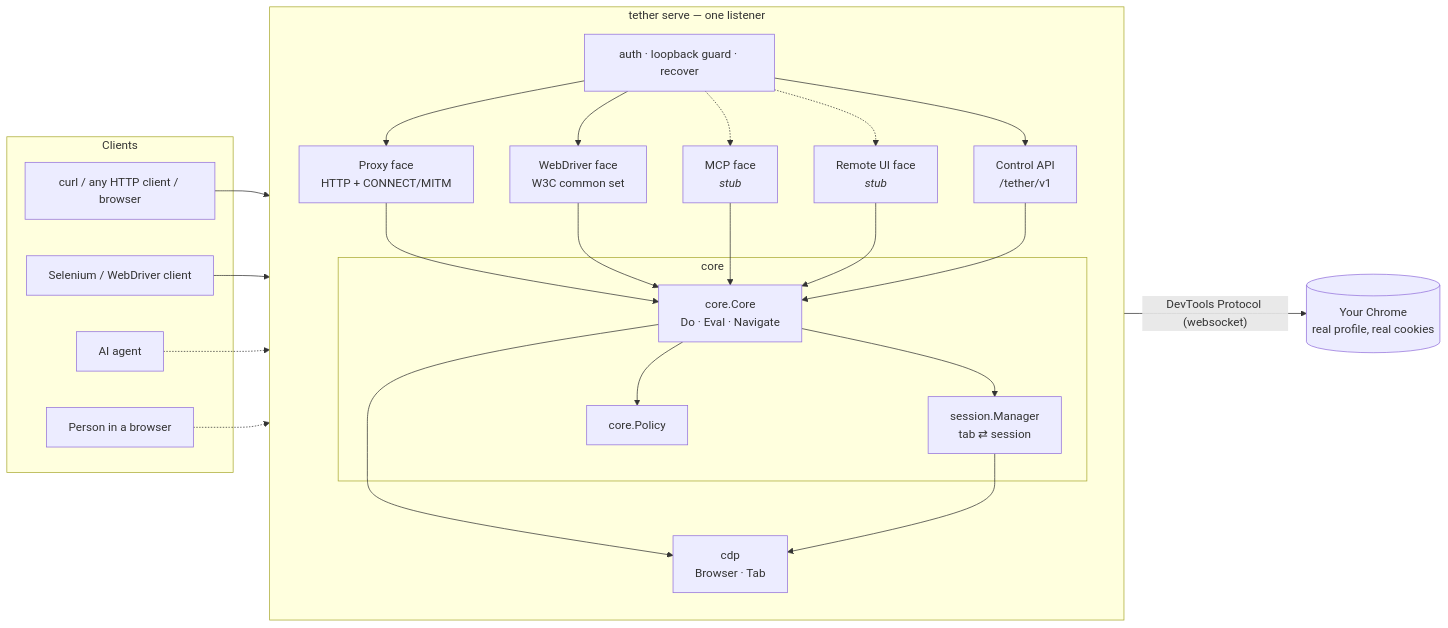
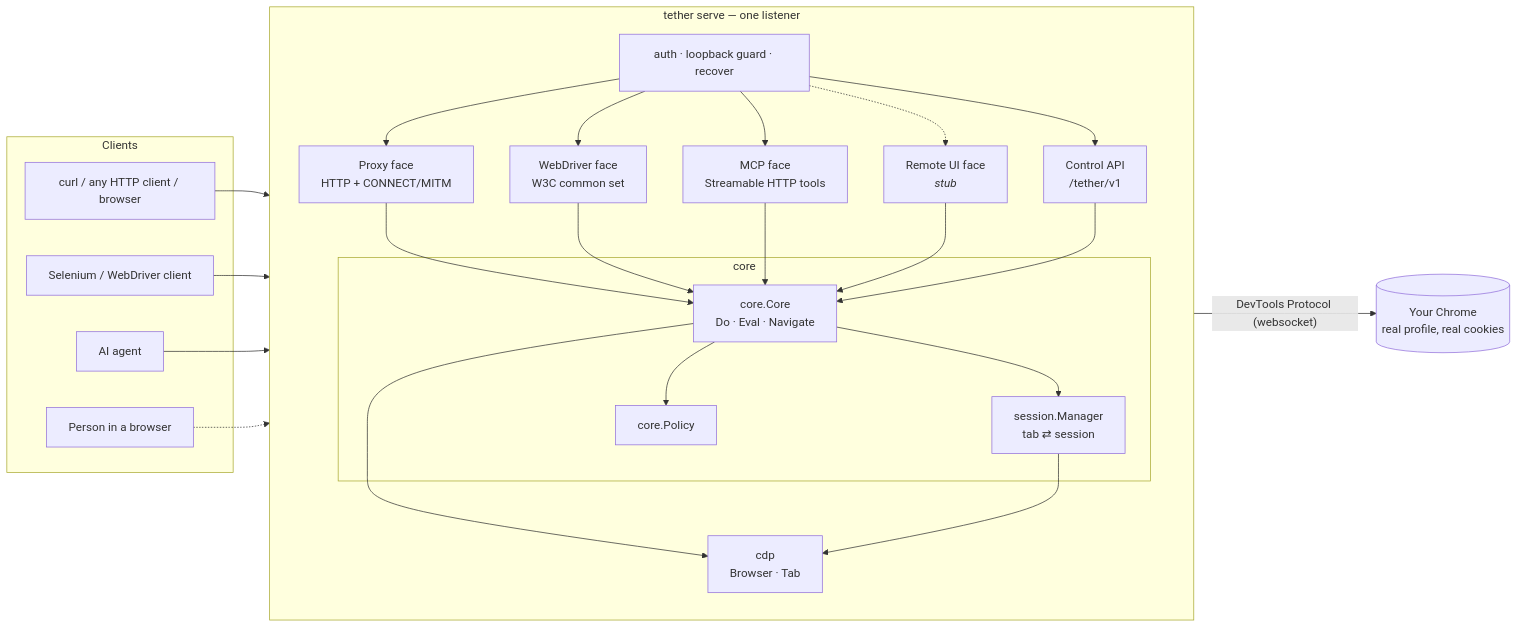
The first of 2 diagrams in docs/ARCHITECTURE.md (adeelahmad/Tether), drawn with Mermaid before and after one commit. The commit also changed other lines of this file and 24 other files, not shown here.

First line of the commit message:
MCP server face: let AI agents drive the real browser (#10)

````diff
--- a/docs/ARCHITECTURE.md
+++ b/docs/ARCHITECTURE.md
@@ -9,39 +9,39 @@
 ```mermaid
 flowchart LR
   subgraph clients[Clients]
     C1[curl / any HTTP client / browser]
     C2[Selenium / WebDriver client]
     C3[AI agent]
     C4[Person in a browser]
   end
 
   subgraph tether[tether serve — one listener]
     direction TB
     G[auth · loopback guard · recover]
     P[Proxy face<br/>HTTP + CONNECT/MITM]
     W[WebDriver face<br/>W3C common set]
-    M[MCP face<br/><i>stub</i>]
+    M[MCP face<br/>Streamable HTTP tools]
     R[Remote UI face<br/><i>stub</i>]
     A[Control API<br/>/tether/v1]
     subgraph core[core]
       S[session.Manager<br/>tab ⇄ session]
       E[core.Core<br/>Do · Eval · Navigate]
       PO[core.Policy]
     end
     X[cdp<br/>Browser · Tab]
   end
 
   Chrome[(Your Chrome<br/>real profile, real cookies)]
 
   C1 --> G --> P
   C2 --> G --> W
-  C3 -.-> G -.-> M
+  C3 --> G --> M
   C4 -.-> G -.-> R
   G --> A
   P & W & M & R & A --> E
   E --> S
   E --> PO
   E --> X
   S --> X
   X -- DevTools Protocol (websocket) --> Chrome
 ```
````
